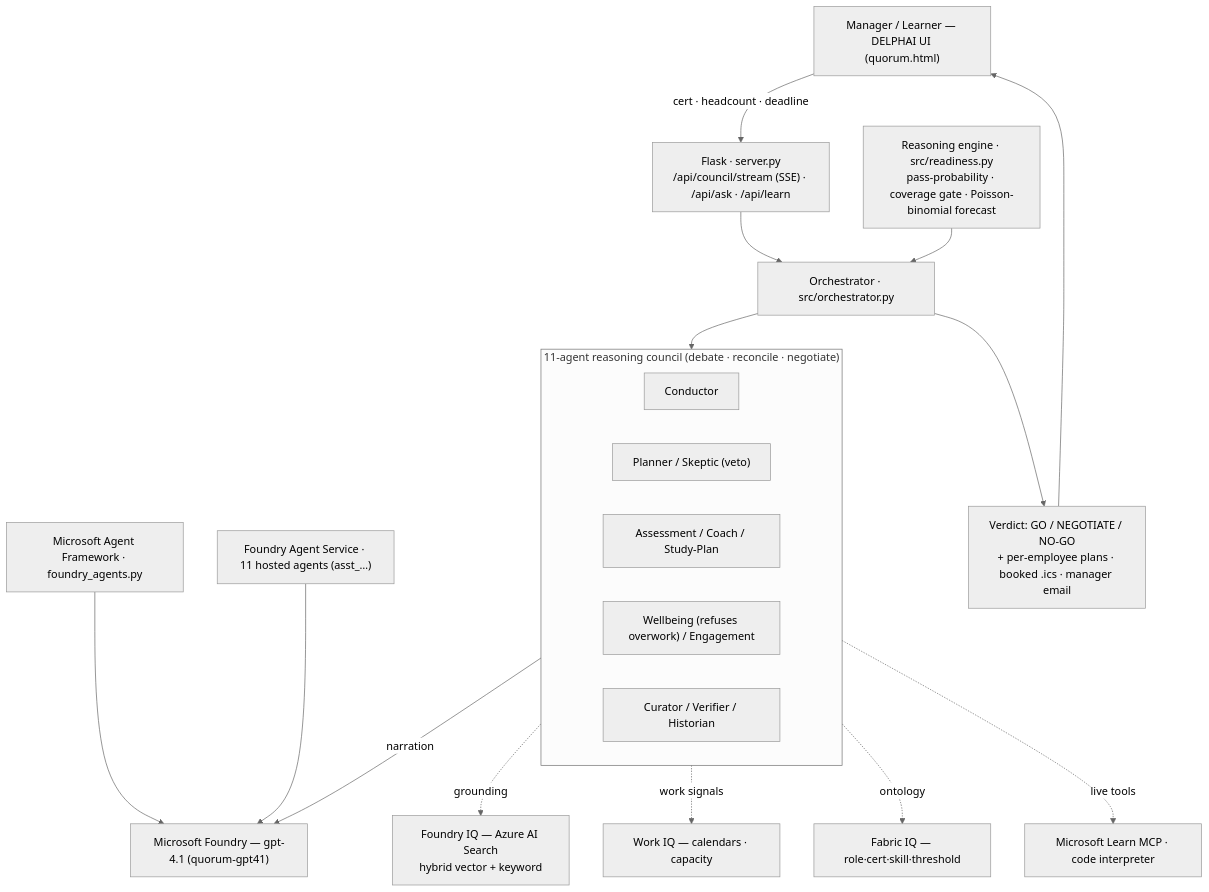
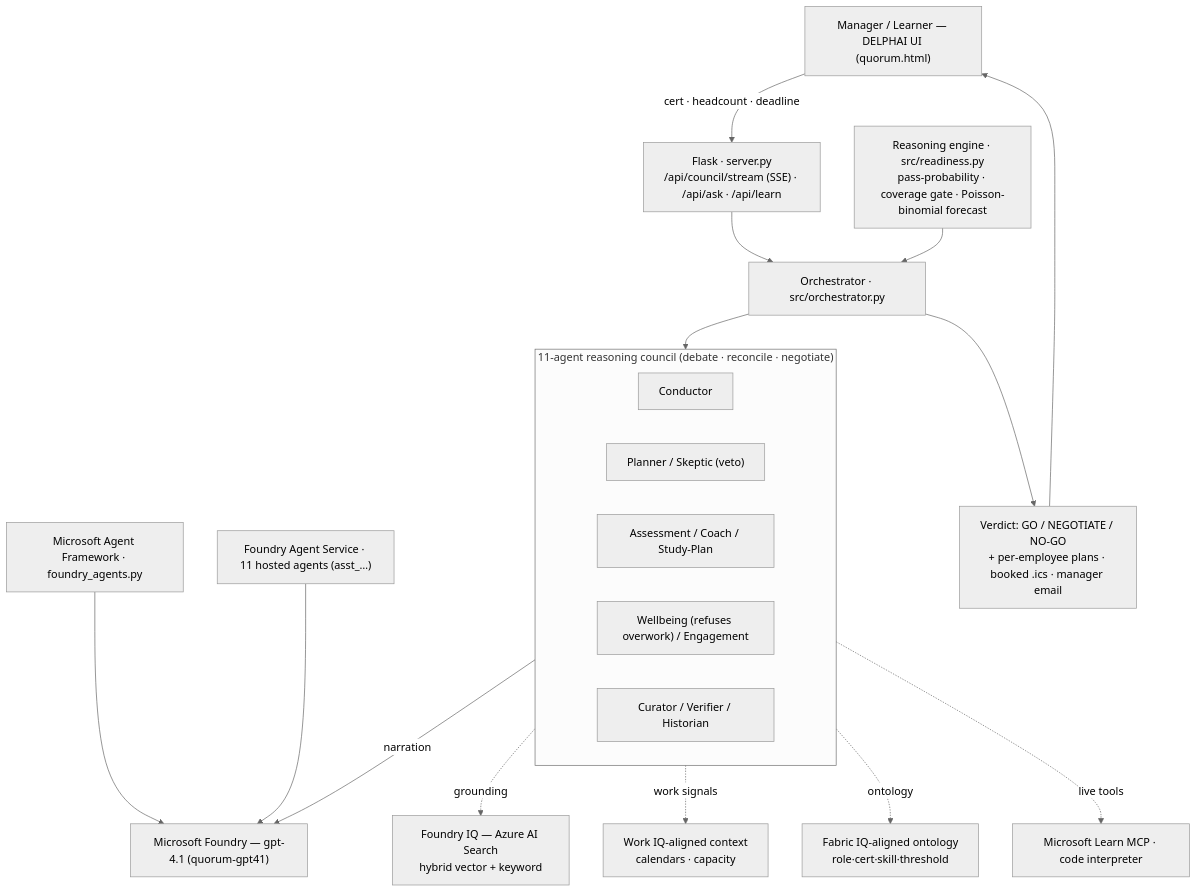
The first of 2 diagrams in README.md (jlynch160/delphai), drawn with Mermaid (neutral theme) before and after one commit. The commit also changed other lines of this file and 12 other files, not shown here.

````diff
--- a/README.md
+++ b/README.md
@@ -159,29 +164,29 @@
 ```mermaid
 flowchart TB
   U["Manager / Learner — DELPHAI UI (quorum.html)"]
   U -->|"cert · headcount · deadline"| SRV["Flask · server.py<br/>/api/council/stream (SSE) · /api/ask · /api/learn"]
   SRV --> ORC["Orchestrator · src/orchestrator.py"]
   ENG["Reasoning engine · src/readiness.py<br/>pass-probability · coverage gate · Poisson-binomial forecast"] --> ORC
 
   subgraph COUNCIL["11-agent reasoning council (debate · reconcile · negotiate)"]
     direction LR
     A1["Conductor"]
     A2["Planner / Skeptic (veto)"]
     A3["Assessment / Coach / Study-Plan"]
     A4["Wellbeing (refuses overwork) / Engagement"]
     A5["Curator / Verifier / Historian"]
   end
   ORC --> COUNCIL
   COUNCIL -->|narration| MODEL["Microsoft Foundry — gpt-4.1 (quorum-gpt41)"]
 
   COUNCIL -. grounding .-> FIQ["Foundry IQ — Azure AI Search<br/>hybrid vector + keyword"]
-  COUNCIL -. work signals .-> WIQ["Work IQ — calendars · capacity"]
-  COUNCIL -. ontology .-> FAB["Fabric IQ — role·cert·skill·threshold"]
+  COUNCIL -. work signals .-> WIQ["Work IQ-aligned context<br/>calendars · capacity"]
+  COUNCIL -. ontology .-> FAB["Fabric IQ-aligned ontology<br/>role·cert·skill·threshold"]
   COUNCIL -. live tools .-> MCP["Microsoft Learn MCP · code interpreter"]
 
   AF["Microsoft Agent Framework · foundry_agents.py"] --> MODEL
   HOST["Foundry Agent Service · 11 hosted agents (asst_…)"] --> MODEL
 
   ORC --> OUT["Verdict: GO / NEGOTIATE / NO-GO<br/>+ per-employee plans · booked .ics · manager email"]
   OUT --> U
 ```
````
